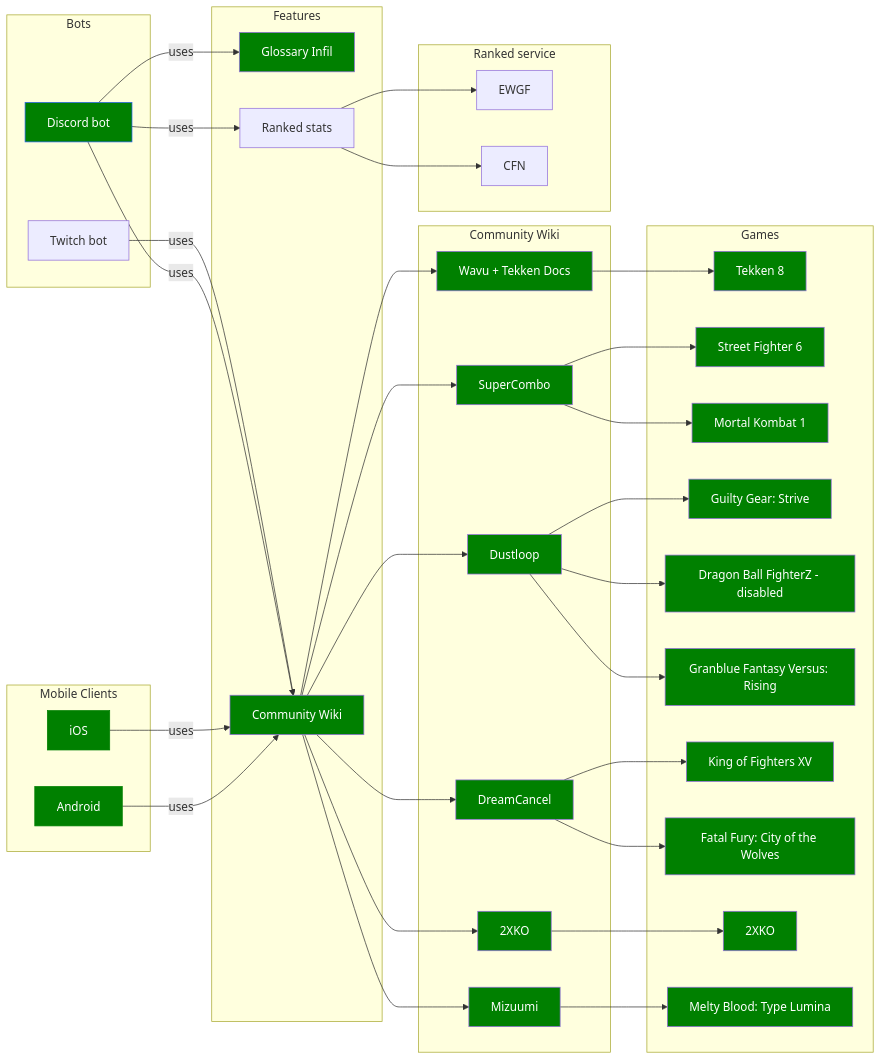
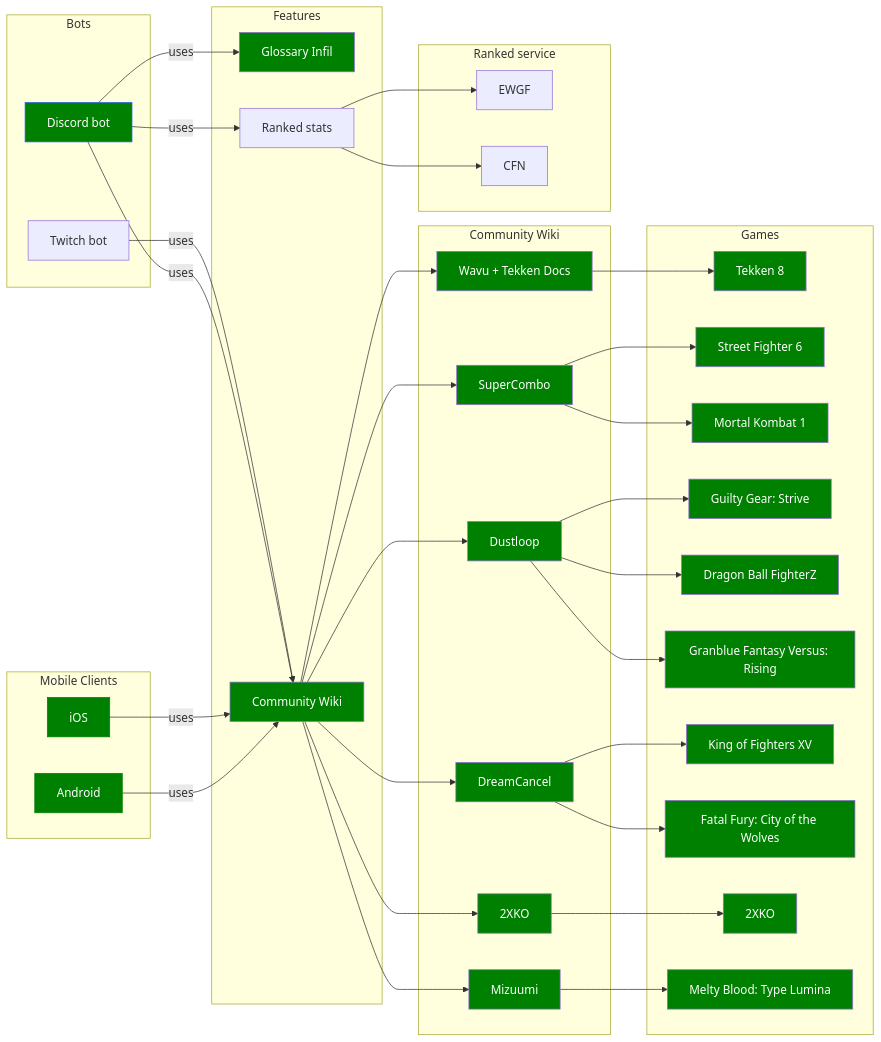
Before and after one commit to Sophon/FightingNerd: the diagram in mermaid/modules.mmd, drawn with Mermaid. The commit also changed 12 other files, not shown here.

```diff
--- a/mermaid/modules.mmd
+++ b/mermaid/modules.mmd
@@ -1,98 +1,98 @@
 graph LR
     classDef green fill:green,color:#000
     classDef grey fill:lightgrey,color:#000
 
     subgraph Bots
         discordBot[Discord bot]
         twitchBot[Twitch bot]
     end
 
     subgraph "Mobile Clients"
         android[Android]
         iOS[iOS]
     end
 
     subgraph Features
         glossaryInfil[Glossary Infil]
         communityWiki[Community Wiki]
         elo[Ranked stats]
     end
 
     subgraph Community Wiki
         wikiWavu[Wavu + Tekken Docs]
         supercombo[SuperCombo]
         2xko[2XKO]
         dustloop[Dustloop]
         dreamcancel[DreamCancel]
         mizuumi[Mizuumi]
     end
 
     subgraph Games
         t8[Tekken 8]
         sf6[Street Fighter 6]
         mk1[Mortal Kombat 1]
         ggst[Guilty Gear: Strive]
-        dbfz[Dragon Ball FighterZ - disabled]
+        dbfz[Dragon Ball FighterZ]
         gbvsr[Granblue Fantasy Versus: Rising]
         kof15[King of Fighters XV]
         cotw[Fatal Fury: City of the Wolves]
         xko[2XKO]
         melty[Melty Blood: Type Lumina]
     end
 
     subgraph Ranked service
         ewgf[EWGF]
         cfn[CFN]
     end
 
     android -->|uses| communityWiki
     iOS -->|uses| communityWiki
 
     discordBot -->|uses| glossaryInfil
     discordBot -->|uses| communityWiki
     discordBot -->|uses| elo
     twitchBot -->|uses| communityWiki
 
     communityWiki --> wikiWavu
     communityWiki --> supercombo
     communityWiki --> 2xko
     communityWiki --> dreamcancel
     communityWiki --> dustloop
     communityWiki --> mizuumi
 
     elo --> ewgf
     elo --> cfn
 
     wikiWavu --> t8
     supercombo --> sf6
     supercombo --> mk1
     dustloop --> ggst
     dustloop --> dbfz
     dustloop --> gbvsr
     2xko --> xko
     dreamcancel --> kof15
     dreamcancel --> cotw
     mizuumi --> melty
 
 
     style discordBot fill:green,stroke:#2563EB, color:#fff
     style android fill:green,stroke:green, color:#fff
     style iOS fill:green,stroke:green, color:#fff
     style glossaryInfil fill:green, color:#fff
     style communityWiki fill:green, color:#fff
     style wikiWavu fill:green, color:#fff
     style supercombo fill:green, color:#fff
     style dreamcancel fill:green, color:#fff
     style dustloop fill:green, color:#fff
     style mizuumi fill:green, color:#fff
     style 2xko fill:green, color:#fff
     style t8 fill:green, color:#fff
     style sf6 fill:green, color:#fff
     style xko fill:green, color:#fff
     style kof15 fill:green, color:#fff
     style cotw fill:green, color:#fff
     style ggst fill:green, color:#fff
     style mk1 fill:green, color:#fff
     style dbfz fill:green, color:#fff
     style gbvsr fill:green, color:#fff
     style melty fill:green, color:#fff
```
